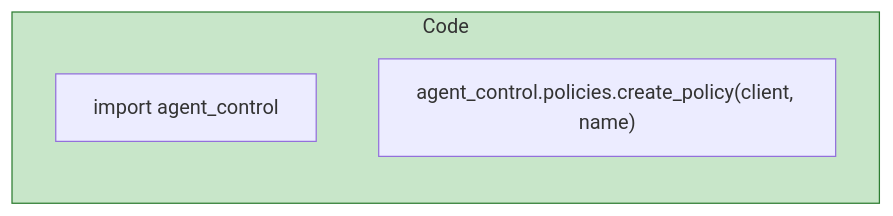
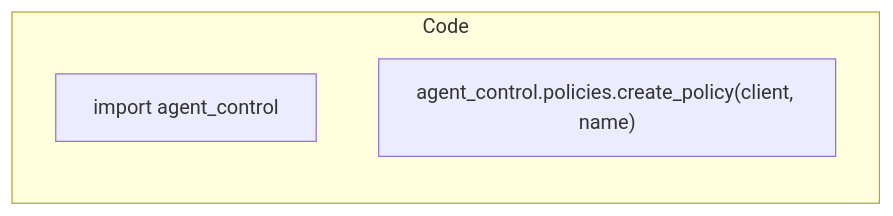
One commit to agentcontrol/agent-control changed the fifth of 10 diagrams in diagrams/10-sdk-architecture.md. Above: the diagram before and after it, drawn with Mermaid. The commit also changed other lines of this file and 9 other files, not shown here.

````diff
--- a/diagrams/10-sdk-architecture.md
+++ b/diagrams/10-sdk-architecture.md
@@ -145,9 +136,7 @@
 ```mermaid
 flowchart LR
     subgraph code["Code"]
         import["import agent_control"]
         use["agent_control.policies.create_policy(client, name)"]
     end
-
-    style code fill:#c8e6c9,stroke:#2e7d32
 ```
````
